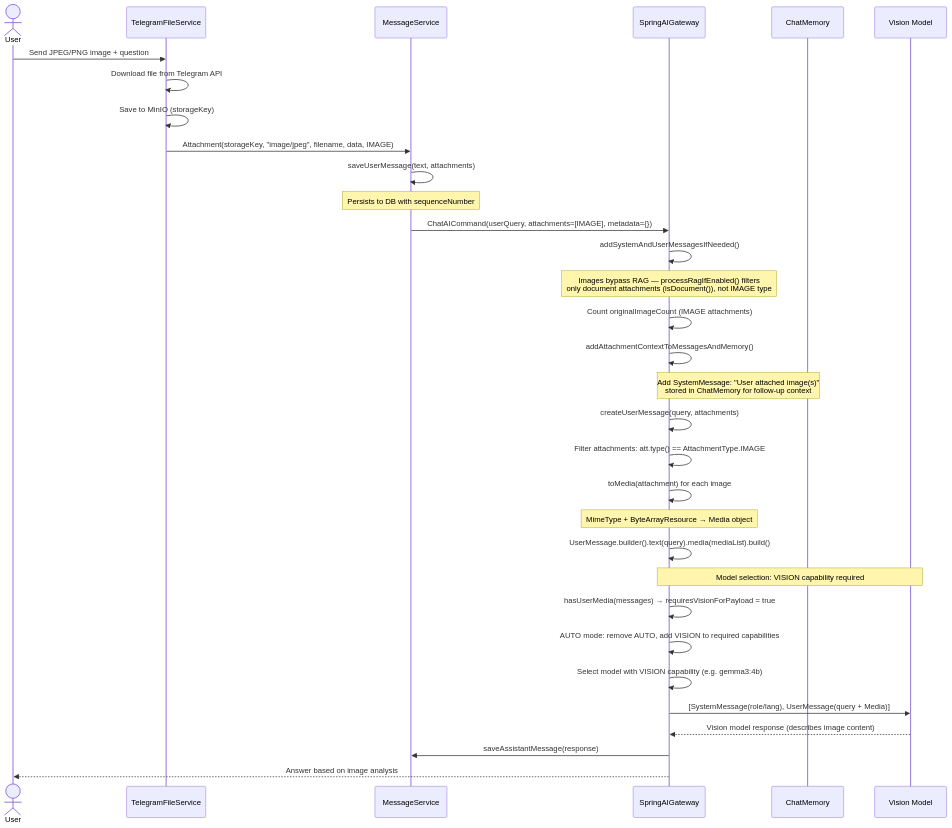
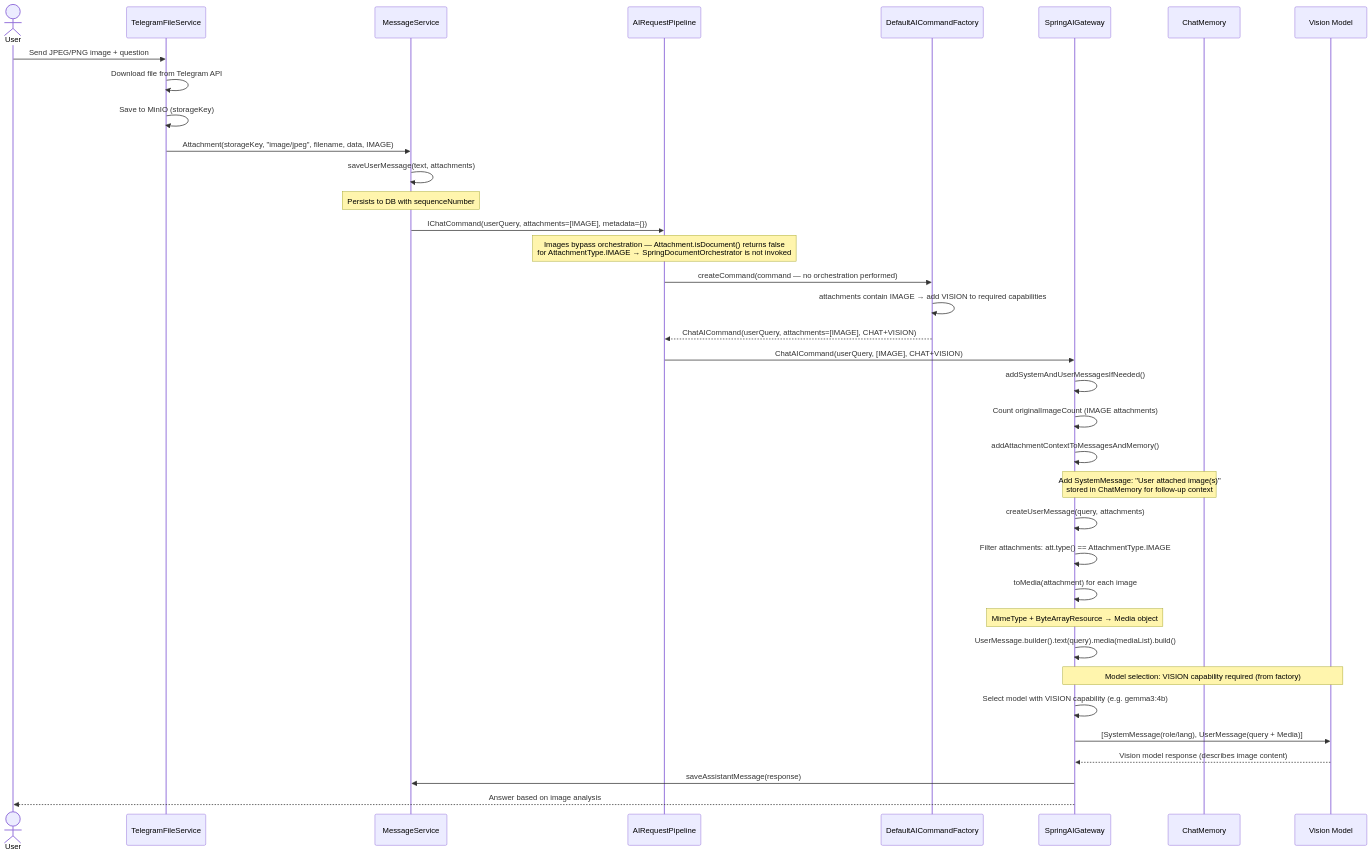
Before and after one commit to NGirchev/open-daimon: the first of 3 diagrams in docs/usecases/image-vision-direct.md, drawn with Mermaid. The commit also changed other lines of this file and 13 other files, not shown here.

````diff
--- a/docs/usecases/image-vision-direct.md
+++ b/docs/usecases/image-vision-direct.md
@@ -16,45 +16,50 @@
 ```mermaid
 sequenceDiagram
     actor User
     participant TG as TelegramFileService
     participant MS as MessageService
+    participant PL as AIRequestPipeline
+    participant CF as DefaultAICommandFactory
     participant GW as SpringAIGateway
     participant Mem as ChatMemory
     participant LLM as Vision Model
 
     User->>TG: Send JPEG/PNG image + question
     TG->>TG: Download file from Telegram API
     TG->>TG: Save to MinIO (storageKey)
     TG->>MS: Attachment(storageKey, "image/jpeg", filename, data, IMAGE)
 
     MS->>MS: saveUserMessage(text, attachments)
     Note over MS: Persists to DB with sequenceNumber
 
-    MS->>GW: ChatAICommand(userQuery, attachments=[IMAGE], metadata={})
+    MS->>PL: IChatCommand(userQuery, attachments=[IMAGE], metadata={})
+
+    Note over PL: Images bypass orchestration — Attachment.isDocument() returns false<br/>for AttachmentType.IMAGE → SpringDocumentOrchestrator is not invoked
+
+    PL->>CF: createCommand(command — no orchestration performed)
+    CF->>CF: attachments contain IMAGE → add VISION to required capabilities
+    CF-->>PL: ChatAICommand(userQuery, attachments=[IMAGE], CHAT+VISION)
+
+    PL->>GW: ChatAICommand(userQuery, [IMAGE], CHAT+VISION)
 
     GW->>GW: addSystemAndUserMessagesIfNeeded()
-
-    Note over GW: Images bypass RAG — processRagIfEnabled() filters<br/>only document attachments (isDocument()), not IMAGE type
-
     GW->>GW: Count originalImageCount (IMAGE attachments)
     GW->>GW: addAttachmentContextToMessagesAndMemory()
     Note over GW,Mem: Add SystemMessage: "User attached image(s)"<br/>stored in ChatMemory for follow-up context
 
     GW->>GW: createUserMessage(query, attachments)
     GW->>GW: Filter attachments: att.type() == AttachmentType.IMAGE
     GW->>GW: toMedia(attachment) for each image
     Note over GW: MimeType + ByteArrayResource → Media object
 
     GW->>GW: UserMessage.builder().text(query).media(mediaList).build()
 
-    Note over GW,LLM: Model selection: VISION capability required
+    Note over GW,LLM: Model selection: VISION capability required (from factory)
 
-    GW->>GW: hasUserMedia(messages) → requiresVisionForPayload = true
-    GW->>GW: AUTO mode: remove AUTO, add VISION to required capabilities
     GW->>GW: Select model with VISION capability (e.g. gemma3:4b)
 
     GW->>LLM: [SystemMessage(role/lang), UserMessage(query + Media)]
     LLM-->>GW: Vision model response (describes image content)
     GW->>MS: saveAssistantMessage(response)
     GW-->>User: Answer based on image analysis
 ```
````
